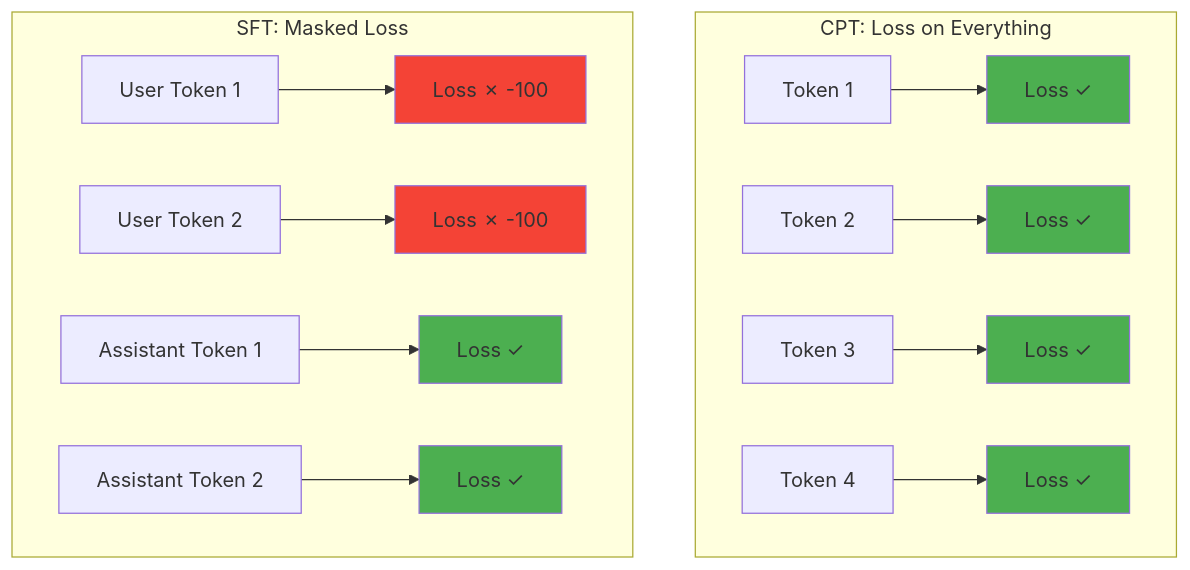
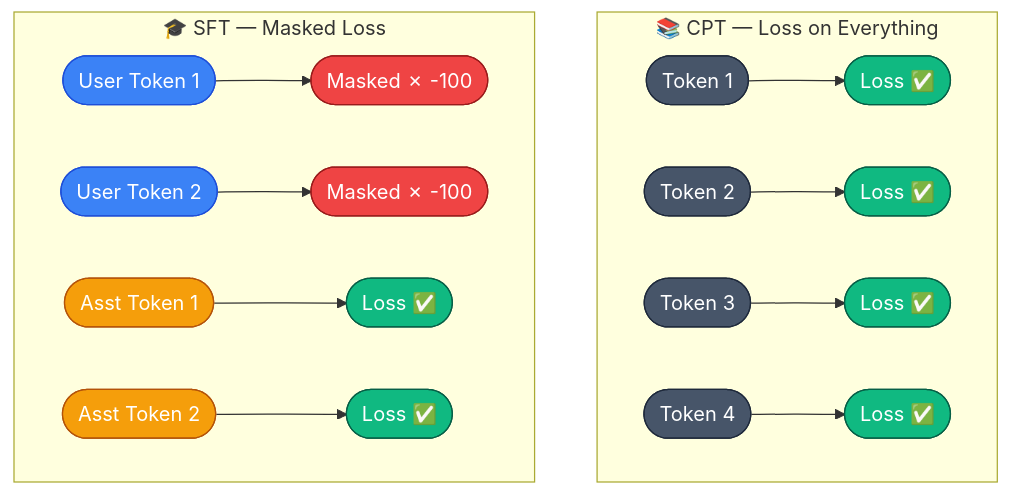
Before and after one commit to tripplen23/finetuning-sessions: the third of 7 diagrams in week2/CONTEXT.md, drawn with Mermaid. The commit also changed other lines of this file and 1 other file, not shown here.

Commit message:
update mermaid

````diff
--- a/week2/CONTEXT.md
+++ b/week2/CONTEXT.md
@@ -318,25 +316,22 @@
 ```mermaid
 graph TD
-    subgraph "CPT: Loss on Everything"
-        CPT1[Token 1] --> CPT_L1[Loss ✓]
-        CPT2[Token 2] --> CPT_L2[Loss ✓]
-        CPT3[Token 3] --> CPT_L3[Loss ✓]
-        CPT4[Token 4] --> CPT_L4[Loss ✓]
+    subgraph cpt["📚 CPT — Loss on Everything"]
+        CPT1(["Token 1"]):::tok --> CPT_L1(["Loss ✅"]):::yes
+        CPT2(["Token 2"]):::tok --> CPT_L2(["Loss ✅"]):::yes
+        CPT3(["Token 3"]):::tok --> CPT_L3(["Loss ✅"]):::yes
+        CPT4(["Token 4"]):::tok --> CPT_L4(["Loss ✅"]):::yes
     end
-    
-    subgraph "SFT: Masked Loss"
-        SFT1[User Token 1] --> SFT_L1[Loss ✗ -100]
-        SFT2[User Token 2] --> SFT_L2[Loss ✗ -100]
-        SFT3[Assistant Token 1] --> SFT_L3[Loss ✓]
-        SFT4[Assistant Token 2] --> SFT_L4[Loss ✓]
+
+    subgraph sft["🎓 SFT — Masked Loss"]
+        SFT1(["User Token 1"]):::user --> SFT_L1(["Masked ✗ -100"]):::no
+        SFT2(["User Token 2"]):::user --> SFT_L2(["Masked ✗ -100"]):::no
+        SFT3(["Asst Token 1"]):::asst --> SFT_L3(["Loss ✅"]):::yes
+        SFT4(["Asst Token 2"]):::asst --> SFT_L4(["Loss ✅"]):::yes
     end
-    
-    style CPT_L1 fill:#4caf50
-    style CPT_L2 fill:#4caf50
-    style CPT_L3 fill:#4caf50
-    style CPT_L4 fill:#4caf50
-    style SFT_L1 fill:#f44336
-    style SFT_L2 fill:#f44336
-    style SFT_L3 fill:#4caf50
-    style SFT_L4 fill:#4caf50
+
+    classDef tok  fill:#475569,stroke:#1E293B,color:#fff
+    classDef user fill:#3B82F6,stroke:#1D4ED8,color:#fff
+    classDef asst fill:#F59E0B,stroke:#B45309,color:#fff
+    classDef yes  fill:#10B981,stroke:#065F46,color:#fff
+    classDef no   fill:#EF4444,stroke:#991B1B,color:#fff
 ```
````
